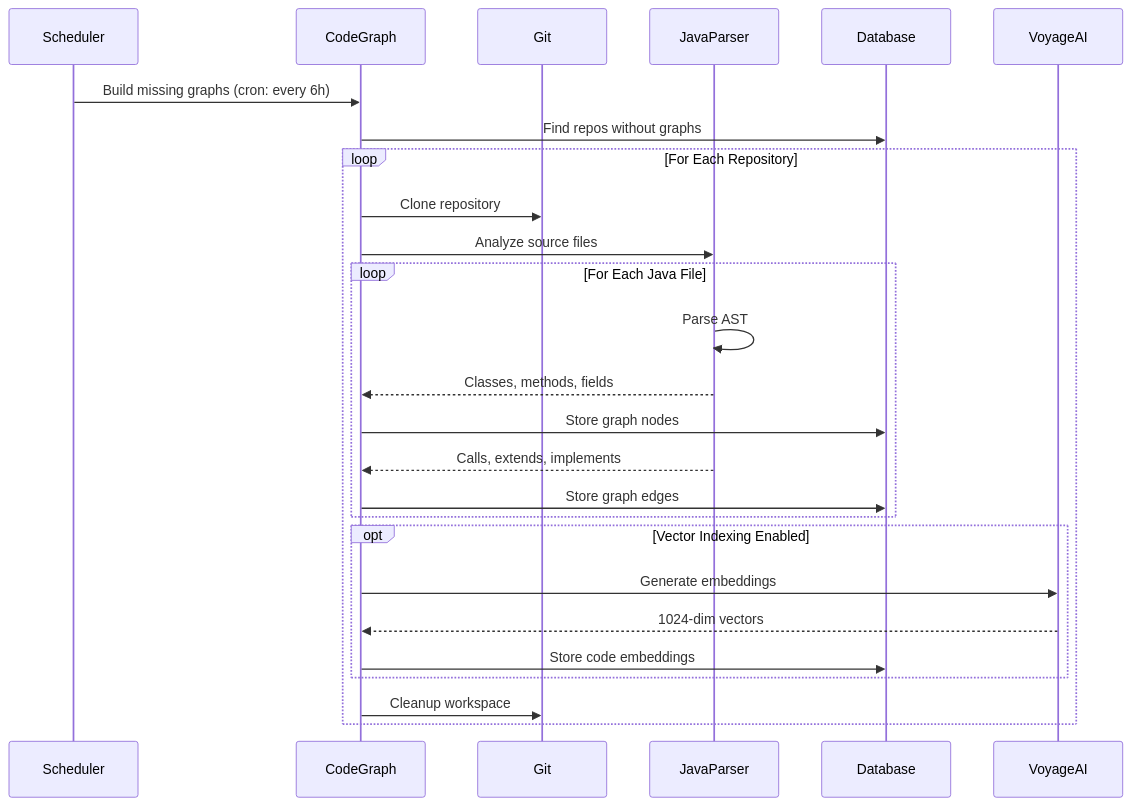
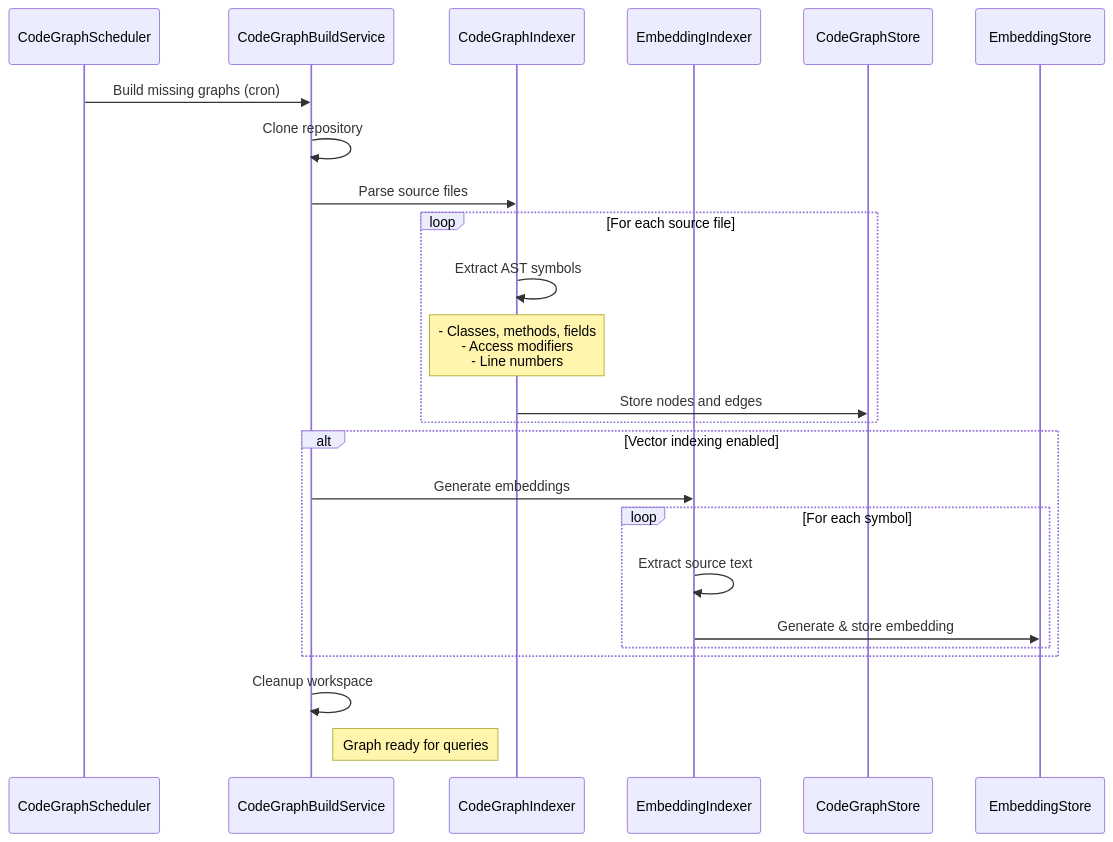
One commit to Ai-Whisperers/code-agent changed the seventh of 12 diagrams in docs/flows.md. Above: the diagram before and after it, drawn with Mermaid. The commit also changed other lines of this file and 6 other files, not shown here.

````diff
--- a/docs/flows.md
+++ b/docs/flows.md
@@ -313,34 +341,30 @@
 ```mermaid
 sequenceDiagram
-    participant Scheduler
-    participant CodeGraph
-    participant Git
-    participant JavaParser
-    participant Database
-    participant VoyageAI
+    participant Scheduler as CodeGraphScheduler
+    participant Builder as CodeGraphBuildService
+    participant Indexer as CodeGraphIndexer
+    participant Embedding as EmbeddingIndexer
+    participant Store as CodeGraphStore
+    participant VectorStore as EmbeddingStore
 
-    Scheduler->>CodeGraph: Build missing graphs (cron: every 6h)
-    CodeGraph->>Database: Find repos without graphs
+    Scheduler->>Builder: Build missing graphs (cron)
+    Builder->>Builder: Clone repository
+    Builder->>Indexer: Parse source files
     
-    loop For Each Repository
-        CodeGraph->>Git: Clone repository
-        CodeGraph->>JavaParser: Analyze source files
-        
-        loop For Each Java File
-            JavaParser->>JavaParser: Parse AST
-            JavaParser-->>CodeGraph: Classes, methods, fields
-            CodeGraph->>Database: Store graph nodes
-            
-            JavaParser-->>CodeGraph: Calls, extends, implements
-            CodeGraph->>Database: Store graph edges
+    loop For each source file
+        Indexer->>Indexer: Extract AST symbols
+        Note over Indexer: - Classes, methods, fields<br/>- Access modifiers<br/>- Line numbers
+        Indexer->>Store: Store nodes and edges
+    end
+    
+    alt Vector indexing enabled
+        Builder->>Embedding: Generate embeddings
+        loop For each symbol
+            Embedding->>Embedding: Extract source text
+            Embedding->>VectorStore: Generate & store embedding
         end
-        
-        opt Vector Indexing Enabled
-            CodeGraph->>VoyageAI: Generate embeddings
-            VoyageAI-->>CodeGraph: 1024-dim vectors
-            CodeGraph->>Database: Store code embeddings
-        end
-        
-        CodeGraph->>Git: Cleanup workspace
     end
+    
+    Builder->>Builder: Cleanup workspace
+    Note right of Builder: Graph ready for queries
 ```
````
